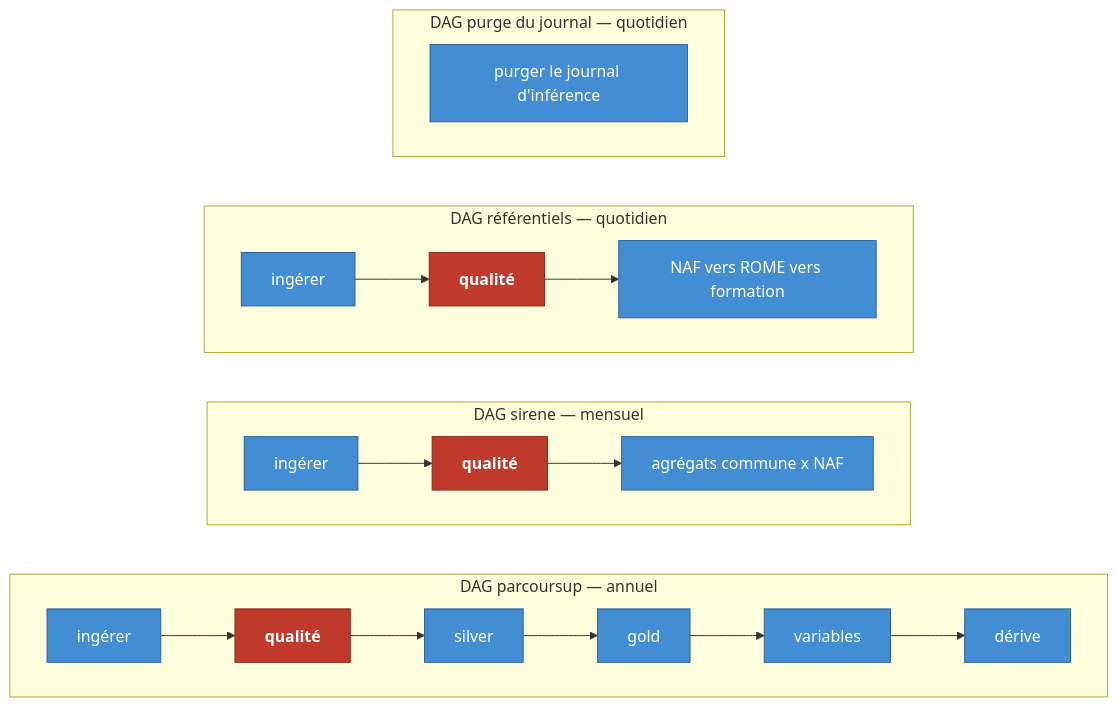
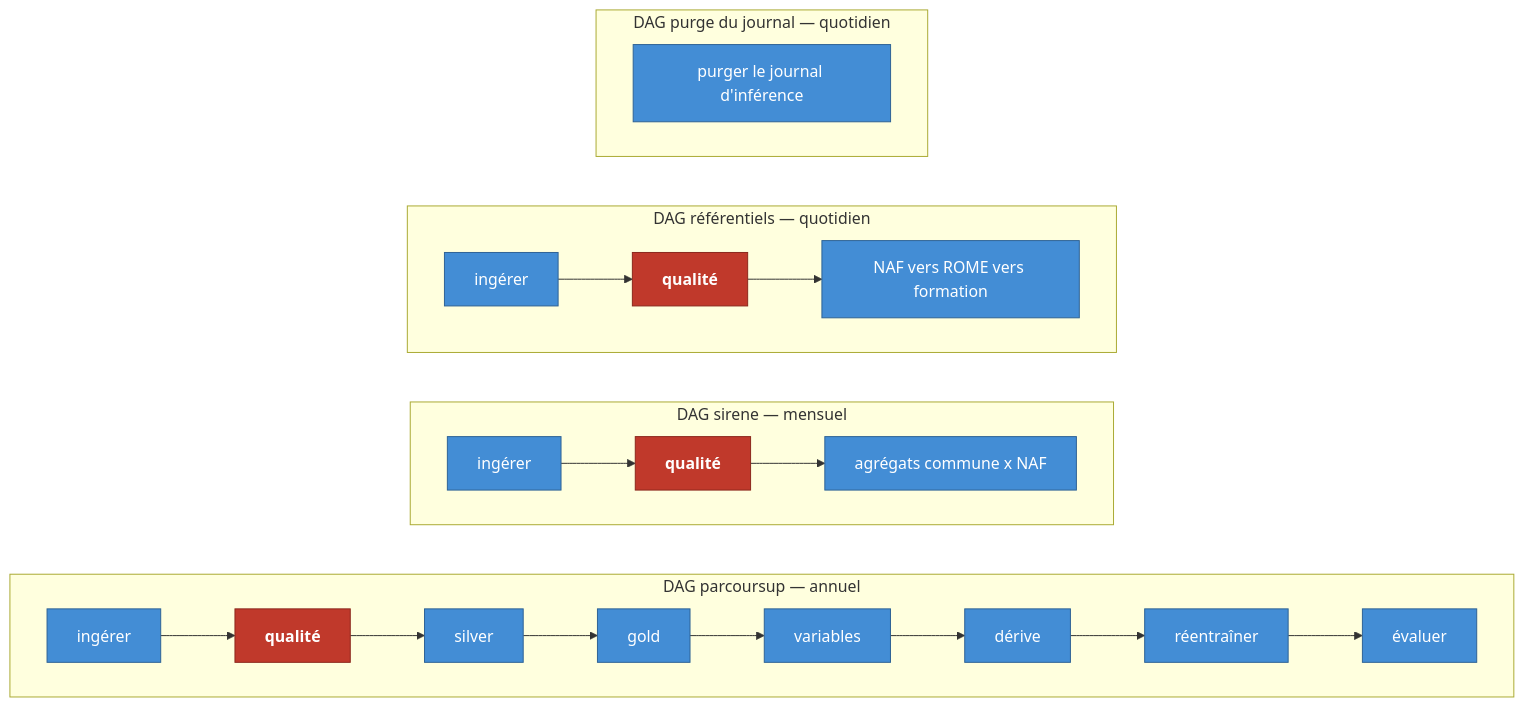
One commit to johannKionghat/edumatch-ia changed the second of 2 diagrams in docs/sous-docs-projets/03-pipeline/diagramme-pipeline.md. Above: the diagram before and after it, drawn with Mermaid. The commit also changed other lines of this file and 6 other files, not shown here.

````diff
--- a/docs/sous-docs-projets/03-pipeline/diagramme-pipeline.md
+++ b/docs/sous-docs-projets/03-pipeline/diagramme-pipeline.md
@@ -122,24 +122,24 @@
 ```mermaid
 flowchart LR
     subgraph D1["DAG parcoursup — annuel"]
         direction LR
-        A1["ingérer"] --> A2["<b>qualité</b>"] --> A3["silver"] --> A4["gold"] --> A5["variables"] --> A6["dérive"]
+        A1["ingérer"] --> A2["<b>qualité</b>"] --> A3["silver"] --> A4["gold"] --> A5["variables"] --> A6["dérive"] --> A7["réentraîner"] --> A8["évaluer"]
     end
     subgraph D2["DAG sirene — mensuel"]
         direction LR
         B1["ingérer"] --> B2["<b>qualité</b>"] --> B3["agrégats commune x NAF"]
     end
     subgraph D3["DAG référentiels — quotidien"]
         direction LR
         C1["ingérer"] --> C2["<b>qualité</b>"] --> C3["NAF vers ROME vers formation"]
     end
     subgraph D4["DAG purge du journal — quotidien"]
         direction LR
         E1["purger le journal d'inférence"]
     end
 
     classDef t fill:#438dd5,stroke:#2e6295,color:#fff
     classDef q fill:#c0392b,stroke:#8b271c,color:#fff
-    class A1,A3,A4,A5,A6,B1,B3,C1,C3,E1 t
+    class A1,A3,A4,A5,A6,A7,A8,B1,B3,C1,C3,E1 t
     class A2,B2,C2 q
 ```
````
